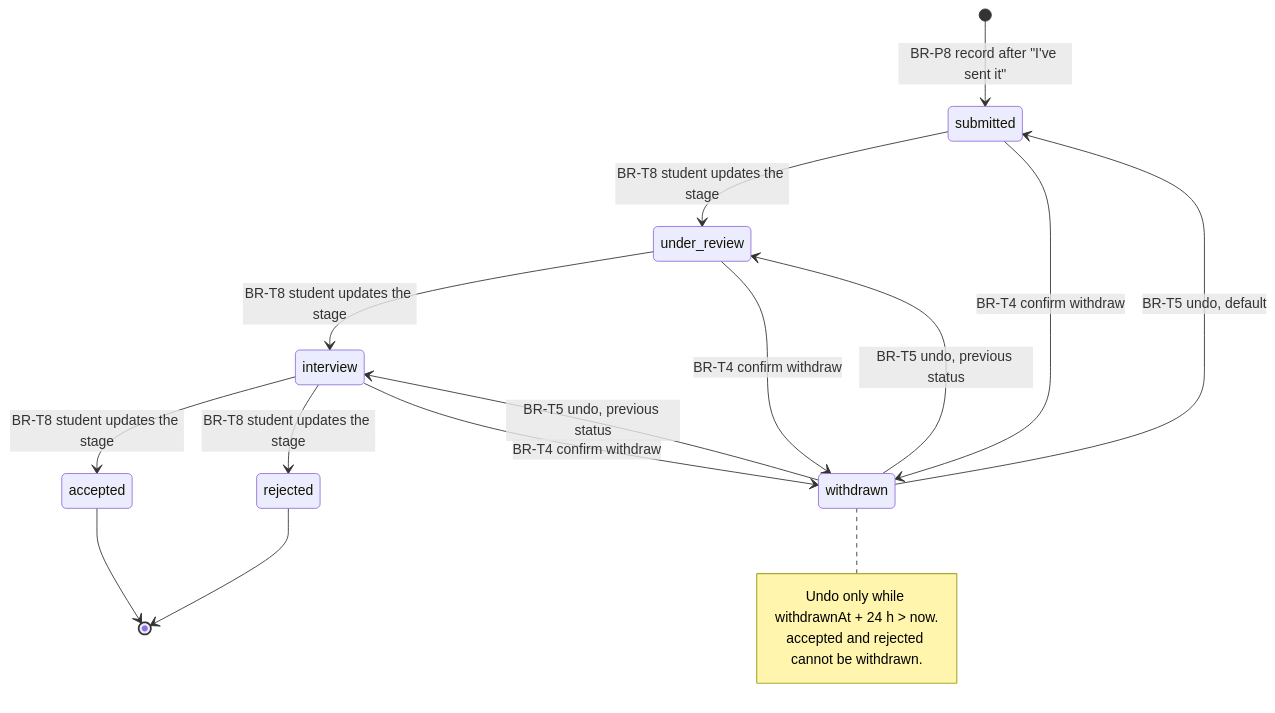
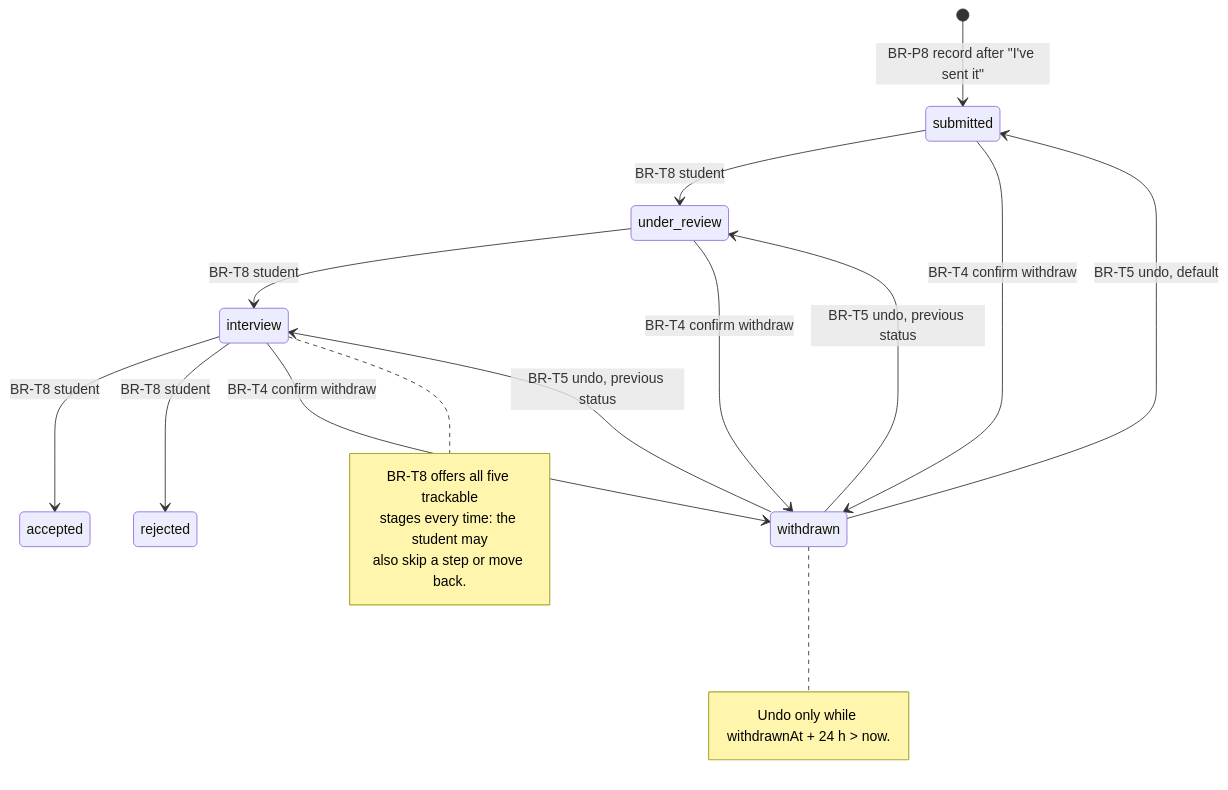
One commit to lamtailoi2/prm323_lab3 changed the fifth of 5 diagrams in docs/business-rules.md. Above: the diagram before and after it, drawn with Mermaid. The commit also changed other lines of this file and 1 other file, not shown here.

Commit message:
docs(applications): make the state machine match the status picker
The diagram implied a strict ladder and marked `accepted` / `rejected` as
terminal, but `Update status` (BR-T8) lists all five trackable stages every
time, so the student can skip a step, move back to fix a mistake, or change a
decided application. Drop the terminal markers, shorten the notes so the chart
stays readable, and spell out the undrawn transitions in the prose below.

All five mermaid blocks in the file render (mermaid-cli 12.2.0).

````diff
--- a/docs/business-rules.md
+++ b/docs/business-rules.md
@@ -288,21 +288,26 @@
 ```mermaid
 stateDiagram-v2
   [*] --> submitted: BR-P8 record after "I've sent it"
-  submitted --> under_review: BR-T8 student updates the stage
-  under_review --> interview: BR-T8 student updates the stage
-  interview --> accepted: BR-T8 student updates the stage
-  interview --> rejected: BR-T8 student updates the stage
+
+  submitted --> under_review: BR-T8 student
+  under_review --> interview: BR-T8 student
+  interview --> accepted: BR-T8 student
+  interview --> rejected: BR-T8 student
+
   submitted --> withdrawn: BR-T4 confirm withdraw
   under_review --> withdrawn: BR-T4 confirm withdraw
   interview --> withdrawn: BR-T4 confirm withdraw
   withdrawn --> submitted: BR-T5 undo, default
   withdrawn --> under_review: BR-T5 undo, previous status
   withdrawn --> interview: BR-T5 undo, previous status
-  accepted --> [*]
-  rejected --> [*]
+
+  note right of interview
+    BR-T8 offers all five trackable
+    stages every time: the student may
+    also skip a step or move back.
+  end note
 
   note right of withdrawn
     Undo only while withdrawnAt + 24 h > now.
-    accepted and rejected cannot be withdrawn.
   end note
 ```
````
